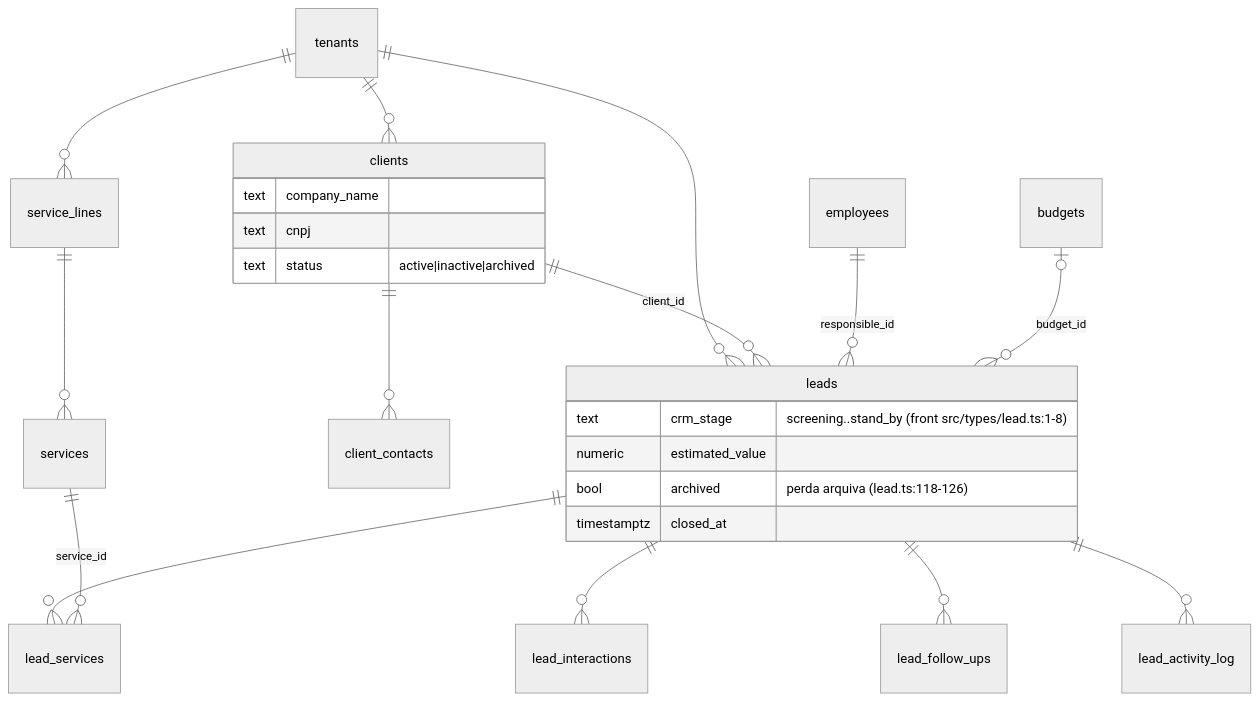
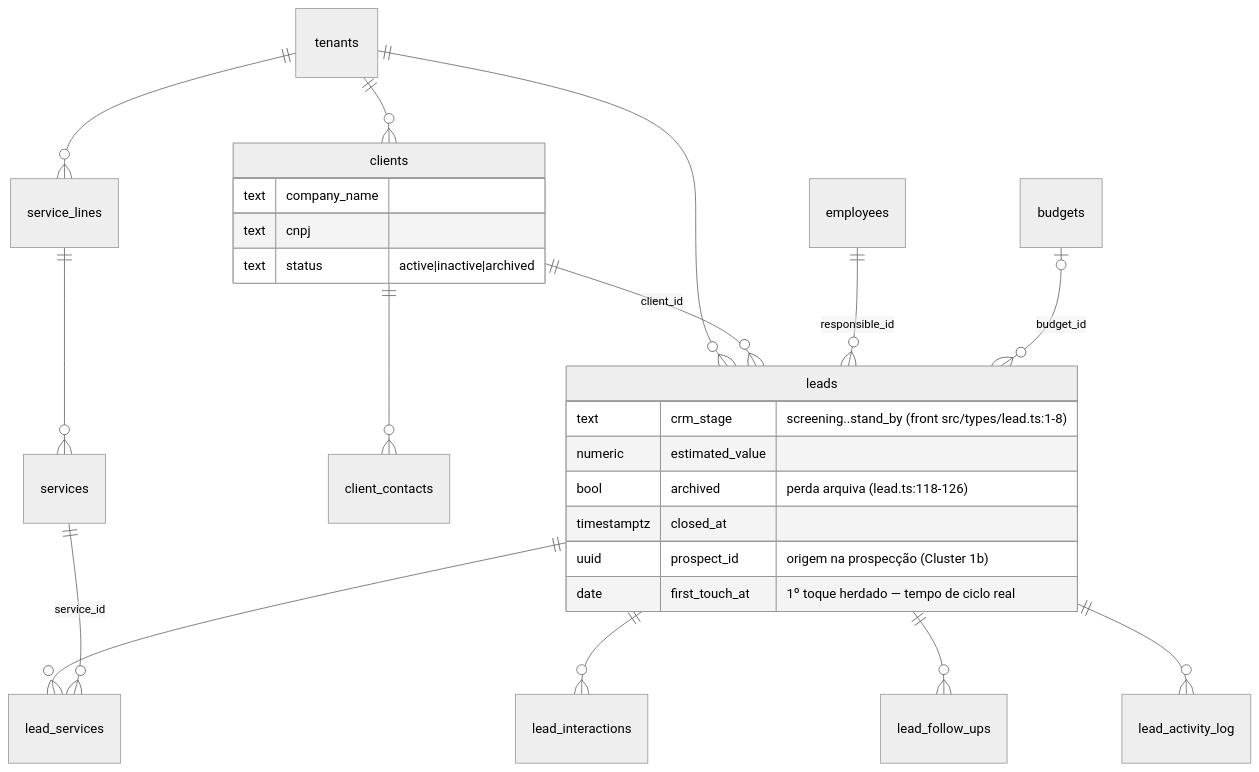
Before and after one commit to Origami-Lab-Organization/og-pulse: the first of 6 diagrams in .harness/docs/architecture/erd.md, drawn with Mermaid (neutral theme). The commit also changed other lines of this file and 41 other files, not shown here.

````diff
--- a/.harness/docs/architecture/erd.md
+++ b/.harness/docs/architecture/erd.md
@@ -46,28 +50,30 @@
 ```mermaid
 erDiagram
     tenants ||--o{ clients : ""
     tenants ||--o{ leads : ""
     tenants ||--o{ service_lines : ""
     clients ||--o{ client_contacts : ""
     clients ||--o{ leads : "client_id"
     leads ||--o{ lead_services : ""
     leads ||--o{ lead_interactions : ""
     leads ||--o{ lead_follow_ups : ""
     leads ||--o{ lead_activity_log : ""
     services ||--o{ lead_services : "service_id"
     service_lines ||--o{ services : ""
     employees ||--o{ leads : "responsible_id"
     budgets |o--o{ leads : "budget_id"
 
     leads {
         text crm_stage "screening..stand_by (front src/types/lead.ts:1-8)"
         numeric estimated_value ""
         bool archived "perda arquiva (lead.ts:118-126)"
         timestamptz closed_at ""
+        uuid prospect_id "origem na prospecção (Cluster 1b)"
+        date first_touch_at "1º toque herdado — tempo de ciclo real"
     }
     clients {
         text company_name ""
         text cnpj ""
         text status "active|inactive|archived"
     }
 ```
````
